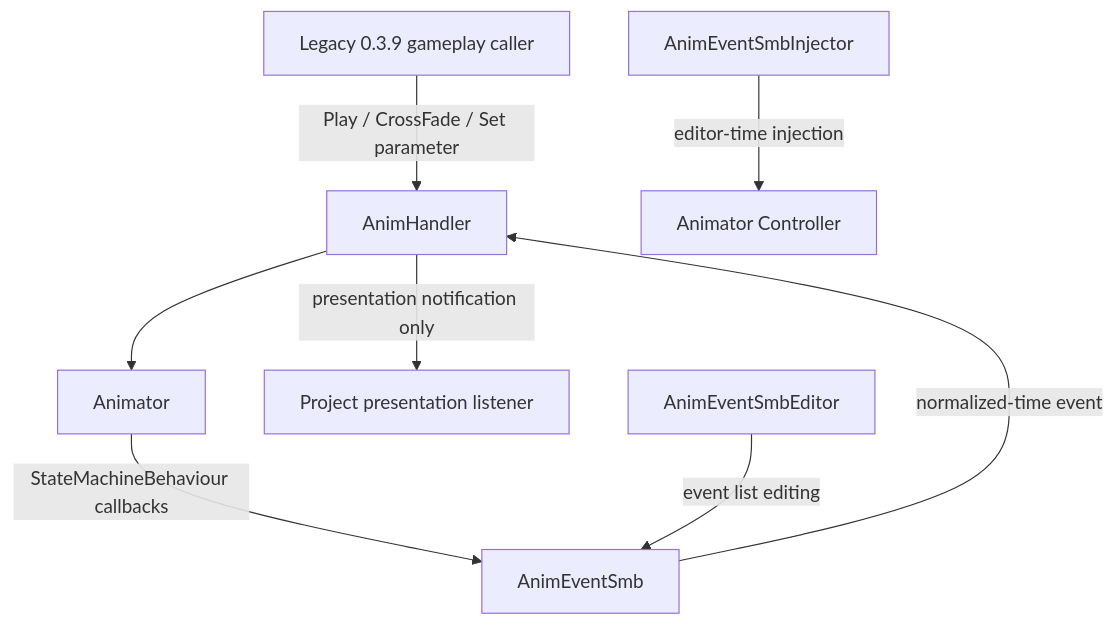
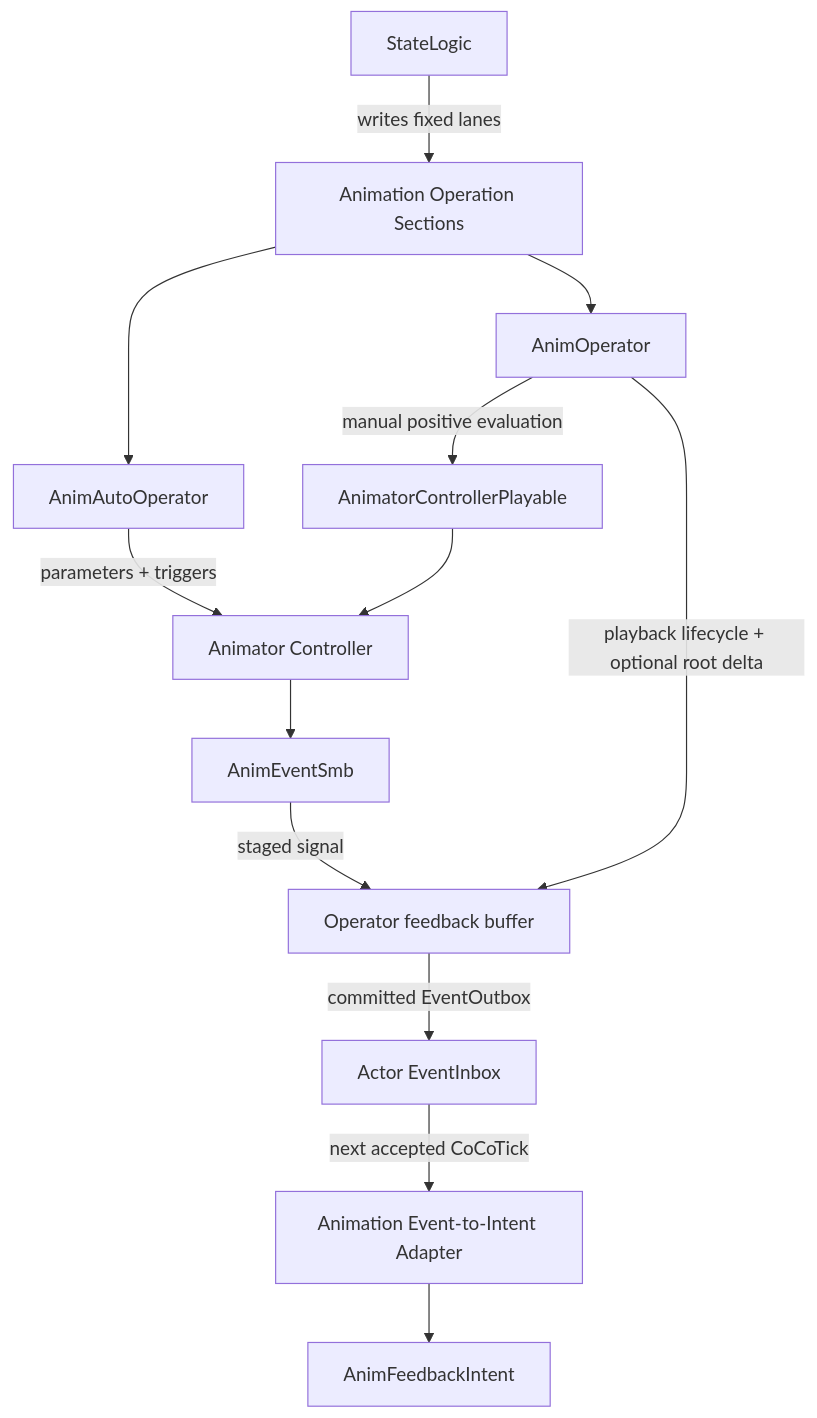
The diagram in Docs/Module-Animation.md (YunXEE/CoCoFlow), drawn with Mermaid before and after one commit. The commit also changed other lines of this file and 53 other files, not shown here.

Commit message:
feat(animation): deliver Pre11 forward-only operators

````diff
--- a/Docs/Module-Animation.md
+++ b/Docs/Module-Animation.md
@@ -20,10 +21,15 @@
 ```mermaid
 flowchart TD
-  LegacyCaller["Legacy 0.3.9 gameplay caller"] -->|"Play / CrossFade / Set parameter"| AnimHandler["AnimHandler"]
-  AnimHandler --> Animator["Animator"]
-  Animator -->|"StateMachineBehaviour callbacks"| AnimEventSmb["AnimEventSmb"]
-  AnimEventSmb -->|"normalized-time event"| AnimHandler
-  AnimHandler -->|"presentation notification only"| ProjectListener["Project presentation listener"]
-  Injector["AnimEventSmbInjector"] -->|"editor-time injection"| AnimatorController["Animator Controller"]
-  Editor["AnimEventSmbEditor"] -->|"event list editing"| AnimEventSmb
+  StateLogic["StateLogic"] -->|"writes fixed lanes"| Sections["Animation Operation Sections"]
+  Sections --> Auto["AnimAutoOperator"]
+  Sections --> Advanced["AnimOperator"]
+  Auto -->|"parameters + triggers"| Animator["Animator Controller"]
+  Advanced -->|"manual positive evaluation"| Playable["AnimatorControllerPlayable"]
+  Playable --> Animator
+  Animator --> SMB["AnimEventSmb"]
+  SMB -->|"staged signal"| OperatorBuffer["Operator feedback buffer"]
+  Advanced -->|"playback lifecycle + optional root delta"| OperatorBuffer
+  OperatorBuffer -->|"committed EventOutbox"| Inbox["Actor EventInbox"]
+  Inbox -->|"next accepted CoCoTick"| Adapter["Animation Event-to-Intent Adapter"]
+  Adapter --> Intent["AnimFeedbackIntent"]
 ```
````
